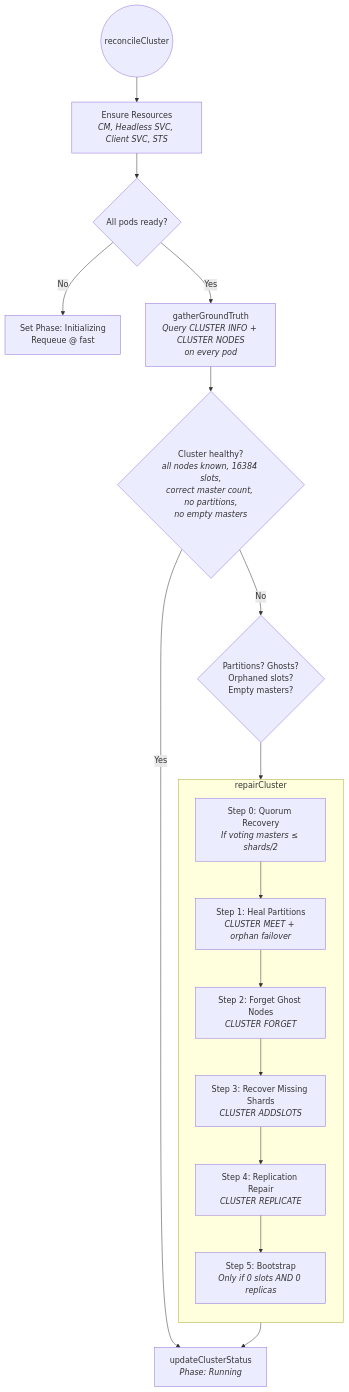
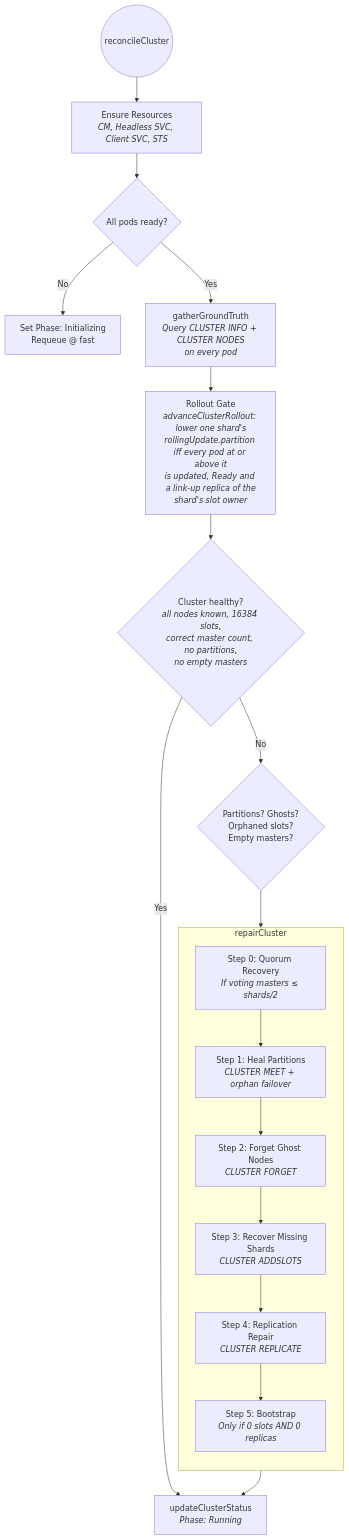
Before and after one commit to littlered-operator/littlered: the first of 4 diagrams in docs/RECONCILIATION_LOOP_CLUSTER.md, drawn with Mermaid. The commit also changed other lines of this file and 3 other files, not shown here.

````diff
--- a/docs/RECONCILIATION_LOOP_CLUSTER.md
+++ b/docs/RECONCILIATION_LOOP_CLUSTER.md
@@ -25,31 +25,32 @@
 ```mermaid
 graph TD
     Start((reconcileCluster)) --> Resources["Ensure Resources<br/><i>CM, Headless SVC, Client SVC, STS</i>"]
     Resources --> STSReady{All pods ready?}
 
     STSReady -- No --> WaitPods["Set Phase: Initializing<br/>Requeue @ fast"]
     STSReady -- Yes --> GatherGT["gatherGroundTruth<br/><i>Query CLUSTER INFO + CLUSTER NODES<br/>on every pod</i>"]
 
-    GatherGT --> HealthCheck{"Cluster healthy?<br/><i>all nodes known, 16384 slots,<br/>correct master count, no partitions,<br/>no empty masters</i>"}
+    GatherGT --> RolloutGate["Rollout Gate<br/><i>advanceClusterRollout: lower one shard's<br/>rollingUpdate.partition iff every pod at or above it<br/>is updated, Ready and a link-up replica of the<br/>shard's slot owner</i>"]
+    RolloutGate --> HealthCheck{"Cluster healthy?<br/><i>all nodes known, 16384 slots,<br/>correct master count, no partitions,<br/>no empty masters</i>"}
 
     HealthCheck -- Yes --> UpdateStatus["updateClusterStatus<br/><i>Phase: Running</i>"]
     HealthCheck -- No --> NeedsRepair{"Partitions? Ghosts?<br/>Orphaned slots?<br/>Empty masters?"}
     NeedsRepair --> RepairLoop
 
     subgraph RepairLoop ["repairCluster"]
         direction TB
         Step0["Step 0: Quorum Recovery<br/><i>If voting masters ≤ shards/2</i>"]
         Step0 --> Step1
         Step1["Step 1: Heal Partitions<br/><i>CLUSTER MEET + orphan failover</i>"]
         Step1 --> Step2
         Step2["Step 2: Forget Ghost Nodes<br/><i>CLUSTER FORGET</i>"]
         Step2 --> Step3
         Step3["Step 3: Recover Missing Shards<br/><i>CLUSTER ADDSLOTS</i>"]
         Step3 --> Step4
         Step4["Step 4: Replication Repair<br/><i>CLUSTER REPLICATE</i>"]
         Step4 --> Step5
         Step5["Step 5: Bootstrap<br/><i>Only if 0 slots AND 0 replicas</i>"]
     end
 
     RepairLoop --> UpdateStatus
 ```
````
